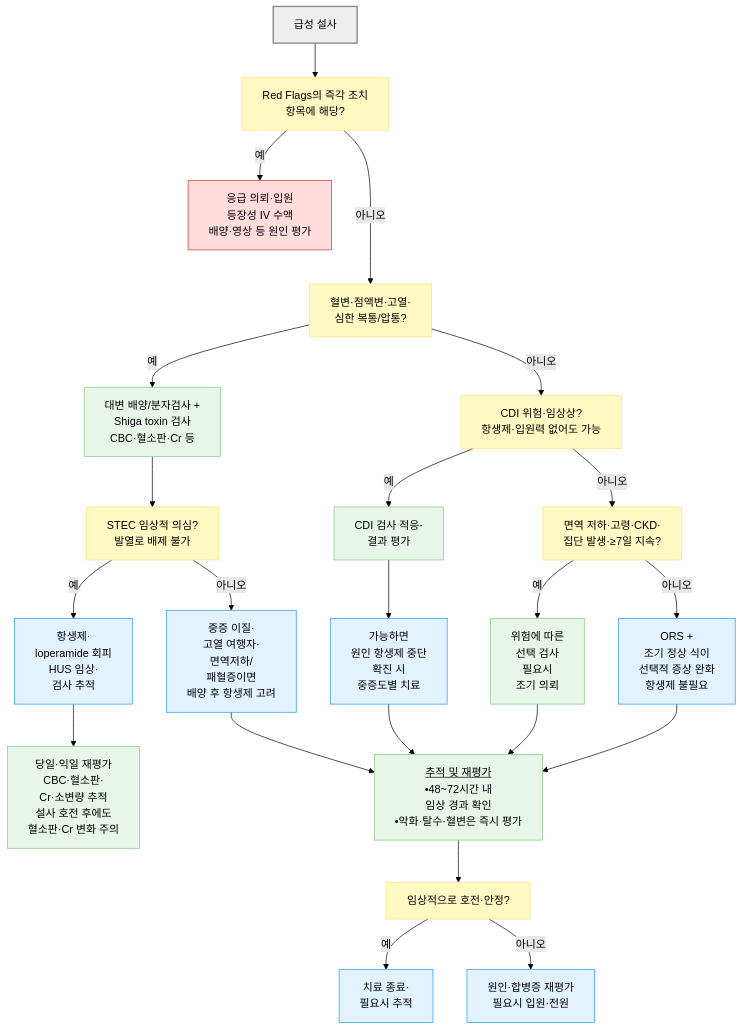
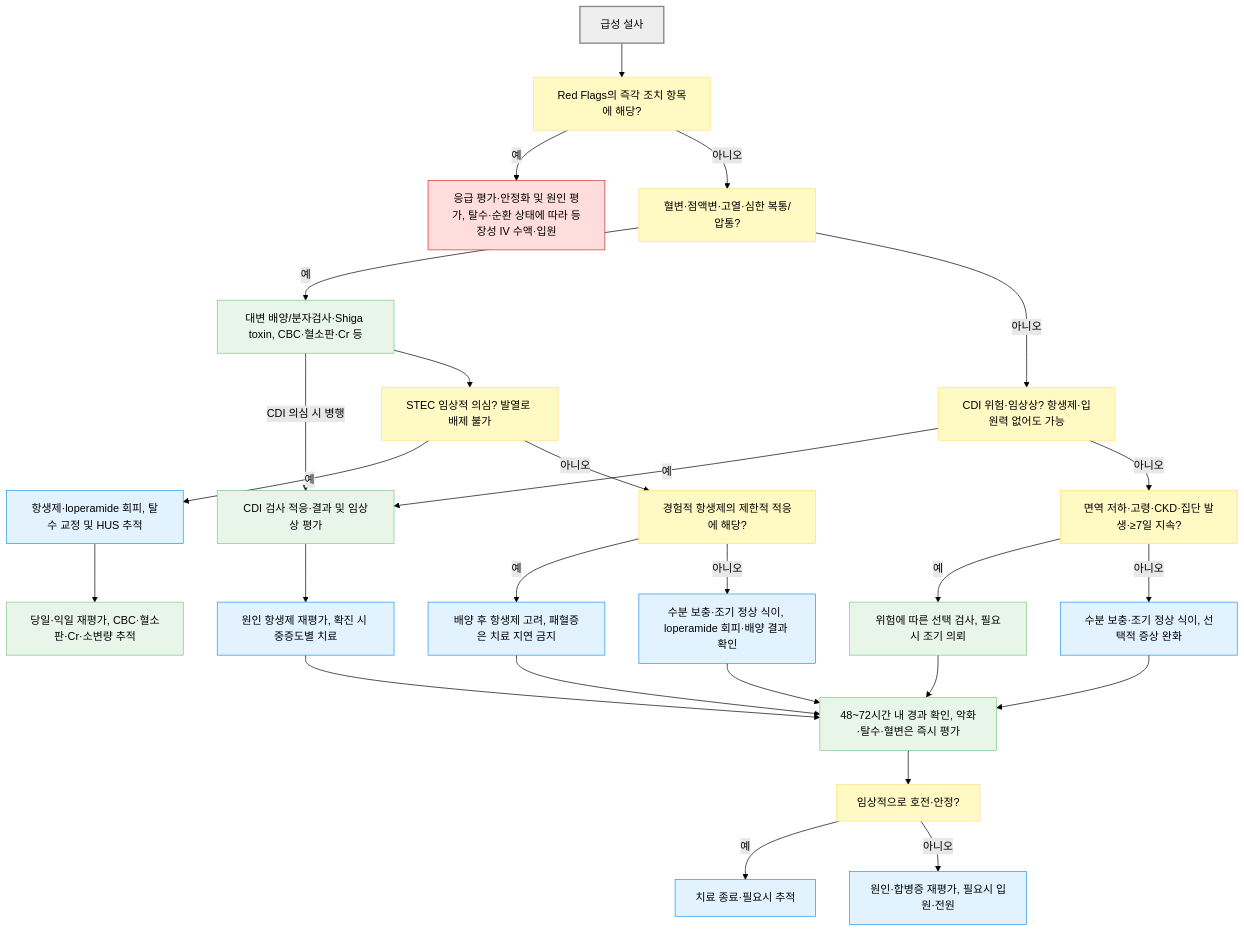
One commit to familyoh77/familyoh77 changed the diagram in 224_/083_-acute-diarrhea.md. Above: the diagram before and after it, drawn with Mermaid (forest theme). The commit also changed other lines of this file and 2 other files, not shown here.

````diff
--- a/224_/083_-acute-diarrhea.md
+++ b/224_/083_-acute-diarrhea.md
@@ -150,35 +152,38 @@
 ```mermaid
 flowchart TD
-    Start["급성 설사"] --> S1["Red Flags의 즉각 조치<br/>항목에 해당?"]
-    S1 -- "예" --> Emergency["응급 의뢰·입원<br/>등장성 IV 수액<br/>배양·영상 등 원인 평가"]
-    S1 -- "아니오" ---> S2["혈변·점액변·고열·<br/>심한 복통/압통?"]
-    S2 -- "예" --> Infl["대변 배양/분자검사 +<br/>Shiga toxin 검사<br/>CBC·혈소판·Cr 등"]
-    Infl --> STECq["STEC 임상적 의심?<br/>발열로 배제 불가"]
-    STECq -- "예" --> STEC["항생제·<br/>loperamide 회피<br/>HUS 임상·<br/>검사 추적"]
-    STECq -- "아니오" --> ABX["중증 이질·<br/>고열 여행자·<br/>면역저하/<br/>패혈증이면<br/>배양 후 항생제 고려"]
-    S2 -- "아니오" --> S3["CDI 위험·임상상?<br/>항생제·입원력 없어도 가능"]
-    S3 -- "예" --> CDIT["CDI 검사 적응·<br/>결과 평가"]
-    CDIT --> CDI["가능하면 <br/>원인 항생제 중단<br/>확진 시 <br/>중증도별 치료"]
-    S3 -- "아니오" --> HighRisk["면역 저하·고령·CKD·<br/>집단 발생·≥7일 지속?"]
-    HighRisk -- "예" --> Test["위험에 따른 <br/>선택 검사<br/>필요시 <br/>조기 의뢰"]
-    HighRisk -- "아니오" --> Support["ORS + <br/>조기 정상 식이<br/>선택적 증상 완화<br/>항생제 불필요"]
-    STEC --> HUSFU["당일·익일 재평가<br/>CBC·혈소판·<br/>Cr·소변량 추적<br/>설사 호전 후에도 <br/>혈소판·Cr 변화 주의"]
-    ABX --> FU["<u>추적 및 재평가</u><br/>•48~72시간 내 <br/>임상 경과 확인<br/>•악화·탈수·혈변은 즉시 평가"]
+    Start["급성 설사"] --> S1["Red Flags의 즉각 조치 항목에 해당?"]
+    S1 -- "예" --> Emergency["응급 평가·안정화 및 원인 평가, 탈수·순환 상태에 따라 등장성 IV 수액·입원"]
+    S1 -- "아니오" --> S2["혈변·점액변·고열·심한 복통/압통?"]
+    S2 -- "예" --> Infl["대변 배양/분자검사·Shiga toxin, CBC·혈소판·Cr 등"]
+    Infl -- "CDI 의심 시 병행" --> CDIT["CDI 검사 적응·결과 및 임상상 평가"]
+    Infl --> STECq["STEC 임상적 의심? 발열로 배제 불가"]
+    STECq -- "예" --> STEC["항생제·loperamide 회피, 탈수 교정 및 HUS 추적"]
+    STECq -- "아니오" --> ABXq["경험적 항생제의 제한적 적응에 해당?"]
+    ABXq -- "예" --> ABX["배양 후 항생제 고려, 패혈증은 치료 지연 금지"]
+    ABXq -- "아니오" --> InflSupport["수분 보충·조기 정상 식이, loperamide 회피·배양 결과 확인"]
+    S2 -- "아니오" --> S3["CDI 위험·임상상? 항생제·입원력 없어도 가능"]
+    S3 -- "예" --> CDIT
+    CDIT --> CDI["원인 항생제 재평가, 확진 시 중증도별 치료"]
+    S3 -- "아니오" --> HighRisk["면역 저하·고령·CKD·집단 발생·≥7일 지속?"]
+    HighRisk -- "예" --> Test["위험에 따른 선택 검사, 필요시 조기 의뢰"]
+    HighRisk -- "아니오" --> Support["수분 보충·조기 정상 식이, 선택적 증상 완화"]
+    STEC --> HUSFU["당일·익일 재평가, CBC·혈소판·Cr·소변량 추적"]
+    ABX --> FU["48~72시간 내 경과 확인, 악화·탈수·혈변은 즉시 평가"]
     CDI --> FU
     Test --> FU
     Support --> FU
+    InflSupport --> FU
     FU --> QFU["임상적으로 호전·안정?"]
-    QFU -- "예" --> End["치료 종료·<br/>필요시 추적"]
-    QFU -- "아니오" --> Reeval["원인·합병증 재평가<br/>필요시 입원·전원"]
+    QFU -- "예" --> End["치료 종료·필요시 추적"]
+    QFU -- "아니오" --> Reeval["원인·합병증 재평가, 필요시 입원·전원"]
     classDef neutral fill:#eeeeee,stroke:#888888,stroke-width:2px
     classDef question fill:#fff9c4,stroke:#ffe082
     classDef test fill:#e8f5e9,stroke:#81c784
     classDef treatment fill:#e3f2ff,stroke:#2196f3
     classDef emergency fill:#ffdddd,stroke:#d32f2f
     class Start neutral
-    class S1,S2,S3,STECq,HighRisk,QFU question
+    class S1,S2,S3,STECq,ABXq,HighRisk,QFU question
     class Infl,CDIT,Test,HUSFU,FU test
-    class STEC,ABX,CDI,Support,End,Reeval treatment
+    class STEC,ABX,CDI,Support,InflSupport,End,Reeval treatment
     class Emergency emergency
-
 ```
````
